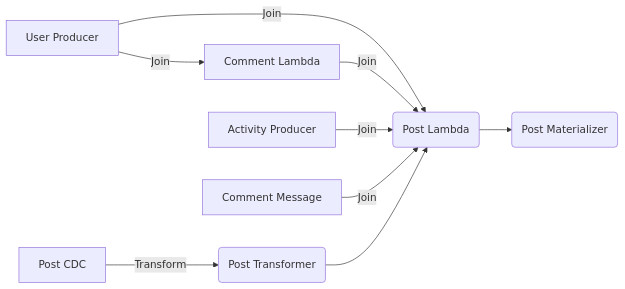
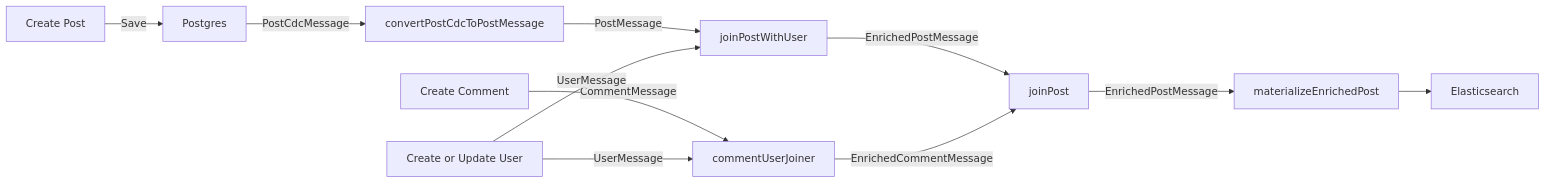
One commit to WilliamChang80/scs-example changed the diagram in README.md. Above: the diagram before and after it, drawn with Mermaid. The commit also changed other lines of this file and 2 other files, not shown here.

````diff
--- a/README.md
+++ b/README.md
@@ -4,13 +14,14 @@
 ```mermaid
 graph LR
-    A[User Producer] -->|Join| B(Post Lambda)
-    A[User Producer] -->|Join| C(Comment Lambda)
-    G[Post CDC] --> |Transform| F(Post Transformer) --> B(Post Lambda)
+    A[Create Post] --> |Save| Z[Postgres] 
+    Z[Postgres] --> |PostCdcMessage| B[convertPostCdcToPostMessage]
+    B[convertPostCdcToPostMessage] --> |PostMessage| C[joinPostWithUser]
+    C[joinPostWithUser] --> |EnrichedPostMessage| D[joinPost]
+    D[joinPost] --> |EnrichedPostMessage| E[materializeEnrichedPost] --> F[Elasticsearch]
 
-    C[Comment Lambda] -->|Join| B(Post Lambda)
-    D[Activity Producer] -->|Join| B(Post Lambda)
+    G[Create Comment] --> |CommentMessage| H[commentUserJoiner]
+    H[commentUserJoiner] --> |EnrichedCommentMessage| D[joinPost]
 
-    E[Comment Message] -->|Join| B(Post Lambda)
-
-    B(Post Lambda)--> H(Post Materializer)
+    I[Create or Update User] --> |UserMessage| H[commentUserJoiner]
+    I[Create or Update User] --> |UserMessage| C[joinPostWithUser]
 ```
````
